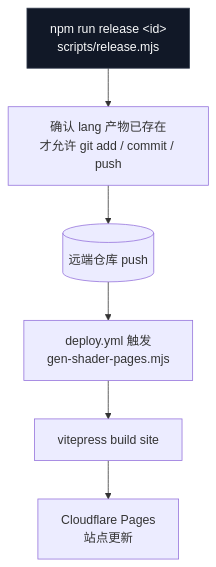
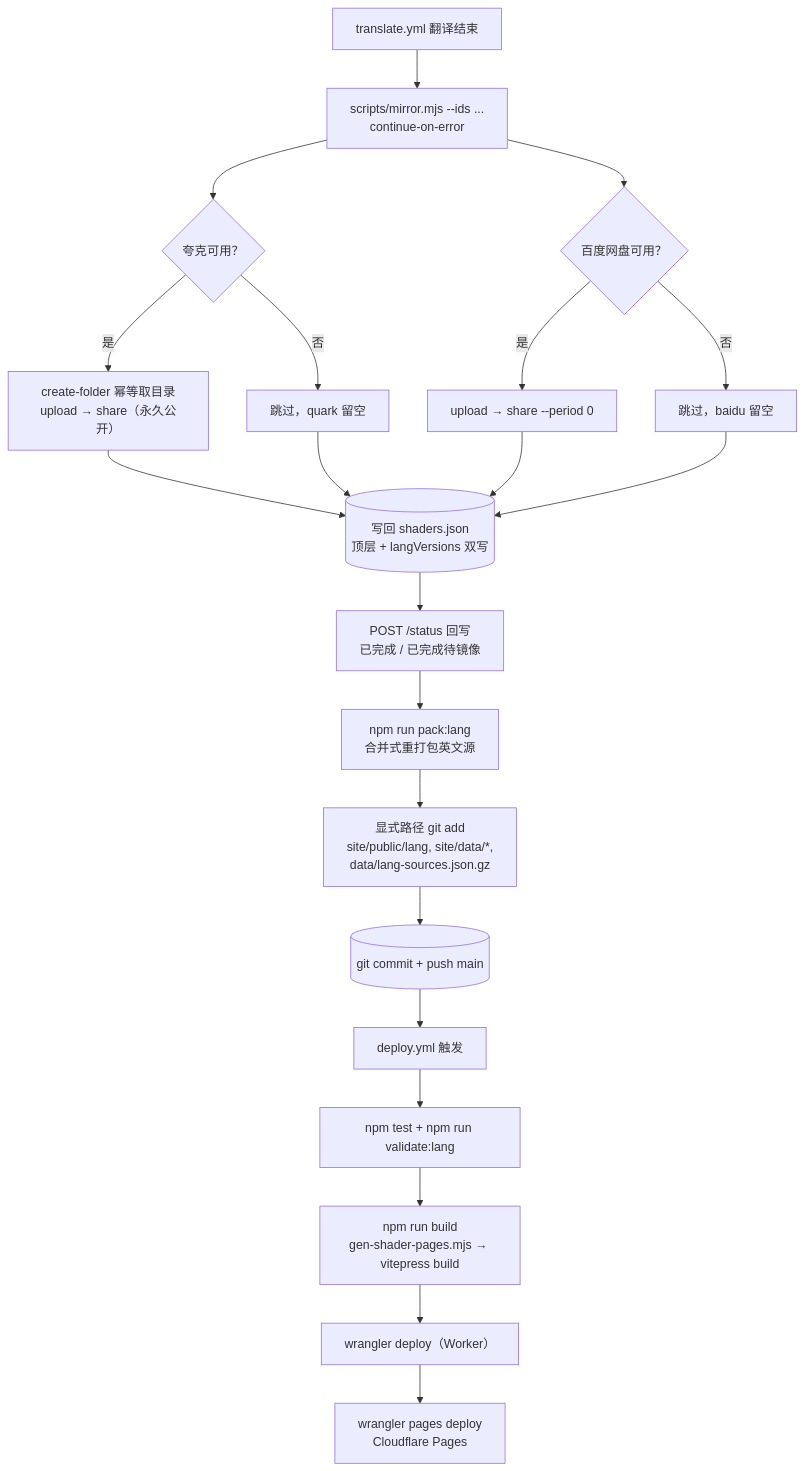
Before and after one commit to Kalloer1/shader-i18n-site: the third of 5 diagrams in FLOW.md, drawn with Mermaid. The commit also changed other lines of this file and 918 other files, not shown here.

````diff
--- a/FLOW.md
+++ b/FLOW.md
@@ -64,10 +86,24 @@
 ```mermaid
 flowchart TD
-    R["npm run release &lt;id&gt;<br/>scripts/release.mjs"] --> CHK["确认 lang 产物已存在<br/>才允许 git add / commit / push"]
-    CHK --> PUSH[("远端仓库 push")]
-    PUSH --> DEPLOY["deploy.yml 触发<br/>gen-shader-pages.mjs"]
-    DEPLOY --> BUILD["vitepress build site"]
-    BUILD --> PAGES["Cloudflare Pages<br/>站点更新"]
+    TY["translate.yml 翻译结束"] --> MIR["scripts/mirror.mjs --ids ...<br/>continue-on-error"]
+    MIR --> Q{"夸克可用？"}
+    Q -->|"是"| QU["create-folder 幂等取目录<br/>upload → share（永久公开）"]
+    Q -->|"否"| SKIPQ["跳过，quark 留空"]
+    MIR --> B{"百度网盘可用？"}
+    B -->|"是"| BD["upload → share --period 0"]
+    B -->|"否"| SKIPB["跳过，baidu 留空"]
+    QU --> WRITE[("写回 shaders.json<br/>顶层 + langVersions 双写")]
+    BD --> WRITE
+    SKIPQ --> WRITE
+    SKIPB --> WRITE
+    WRITE --> ST2["POST /status 回写<br/>已完成 / 已完成待镜像"]
 
-    style R fill:#111827,stroke:#374151,color:#f9fafb
+    ST2 --> PACK["npm run pack:lang<br/>合并式重打包英文源"]
+    PACK --> COMMIT["显式路径 git add<br/>site/public/lang, site/data/*,<br/>data/lang-sources.json.gz"]
+    COMMIT --> PUSH[("git commit + push main")]
+    PUSH --> DEPLOY["deploy.yml 触发"]
+    DEPLOY --> GATE2["npm test + npm run validate:lang"]
+    GATE2 --> BUILD["npm run build<br/>gen-shader-pages.mjs → vitepress build"]
+    BUILD --> WORKER["wrangler deploy（Worker）"]
+    WORKER --> PAGES["wrangler pages deploy<br/>Cloudflare Pages"]
 ```
````
